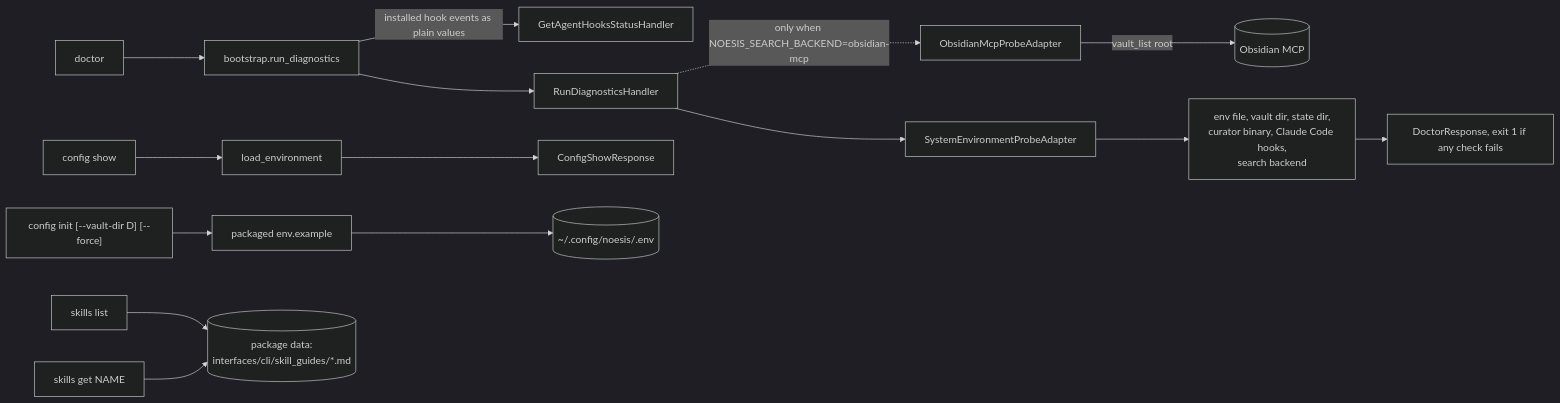
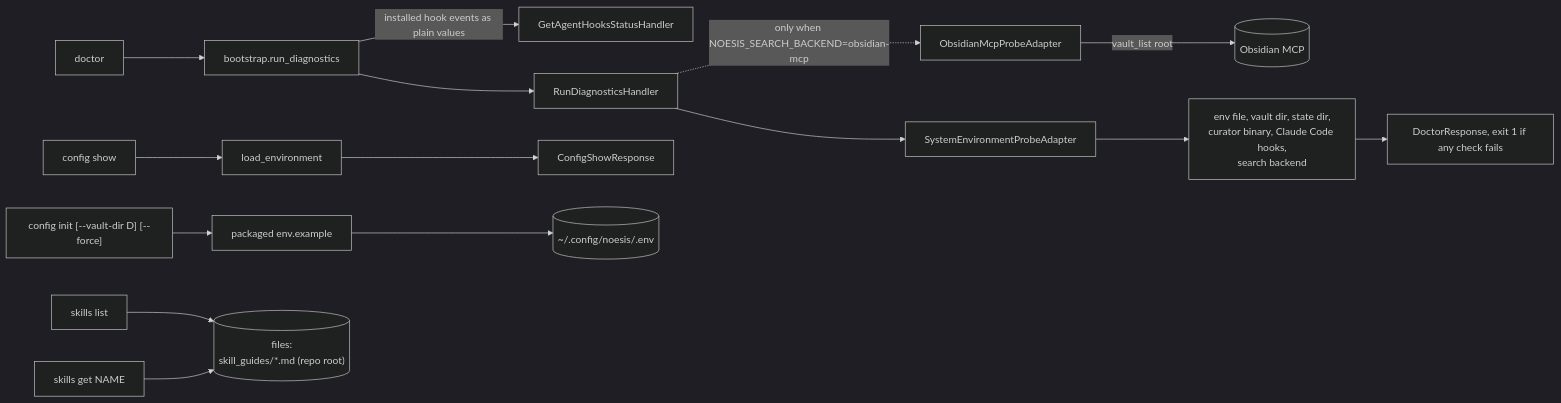
Before and after one commit to p-hzamora/noesis: the diagram in docs/workflows/setup.md, drawn with Mermaid (dark theme). The commit also changed 6 other files, not shown here.

First line of the commit message:
refactor: move skill_guides to the repository root

````diff
--- a/docs/workflows/setup.md
+++ b/docs/workflows/setup.md
@@ -6,17 +6,17 @@
 ```mermaid
 flowchart LR
     doctor["doctor"] --> rd["bootstrap.run_diagnostics"]
     rd -->|installed hook events as plain values| hs[GetAgentHooksStatusHandler]
     rd --> dh[RunDiagnosticsHandler]
     dh --> probe[SystemEnvironmentProbeAdapter]
     dh -.->|"only when NOESIS_SEARCH_BACKEND=obsidian-mcp"| mp[ObsidianMcpProbeAdapter]
     mp -->|"vault_list root"| obs[("Obsidian MCP")]
     probe --> checks["env file, vault dir, state dir,<br/>curator binary, Claude Code hooks,<br/>search backend"]
     checks --> dr["DoctorResponse, exit 1 if any check fails"]
 
     show["config show"] --> env[load_environment] --> cs[ConfigShowResponse]
     init["config init [--vault-dir D] [--force]"] --> tpl["packaged env.example"] --> envfile[("~/.config/noesis/.env")]
 
-    sl["skills list"] --> guides[("package data:<br/>interfaces/cli/skill_guides/*.md")]
+    sl["skills list"] --> guides[("files:<br/>skill_guides/*.md (repo root)")]
     sg["skills get NAME"] --> guides
 ```
````
